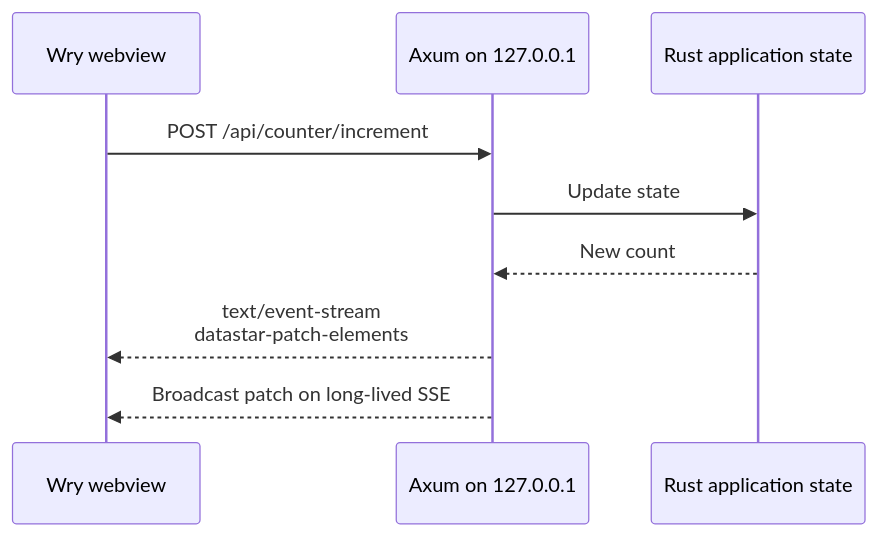
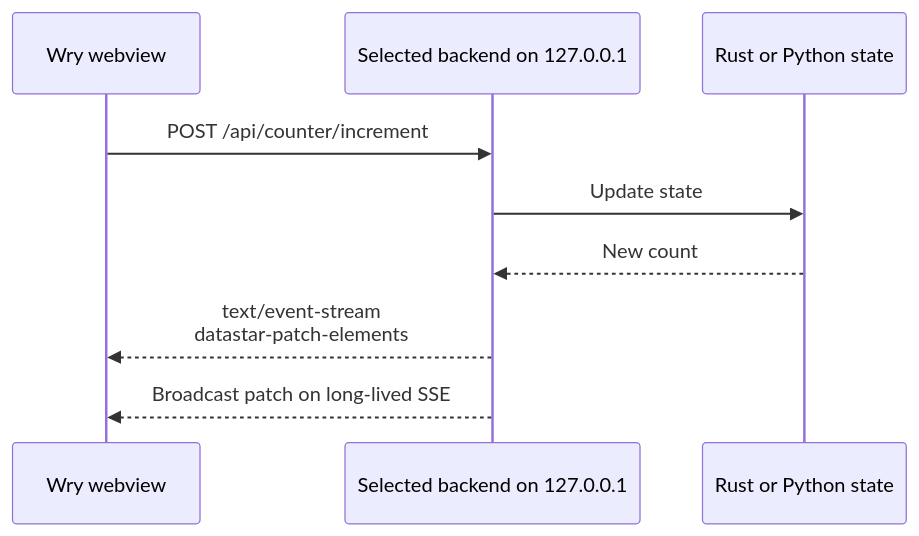
One commit to koliyo/rocci changed the diagram in README.md. Above: the diagram before and after it, drawn with Mermaid. The commit also changed other lines of this file and 45 other files, not shown here.

````diff
--- a/README.md
+++ b/README.md
@@ -76,11 +101,11 @@
 ```mermaid
 sequenceDiagram
     participant UI as Wry webview
-    participant HTTP as Axum on 127.0.0.1
-    participant Rust as Rust application state
+    participant HTTP as Selected backend on 127.0.0.1
+    participant State as Rust or Python state
     UI->>HTTP: POST /api/counter/increment
-    HTTP->>Rust: Update state
-    Rust-->>HTTP: New count
+    HTTP->>State: Update state
+    State-->>HTTP: New count
     HTTP-->>UI: text/event-stream<br/>datastar-patch-elements
     HTTP-->>UI: Broadcast patch on long-lived SSE
 ```
````
